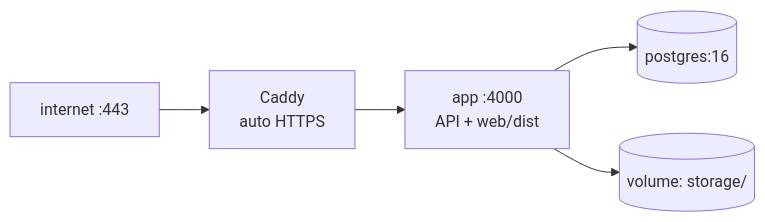
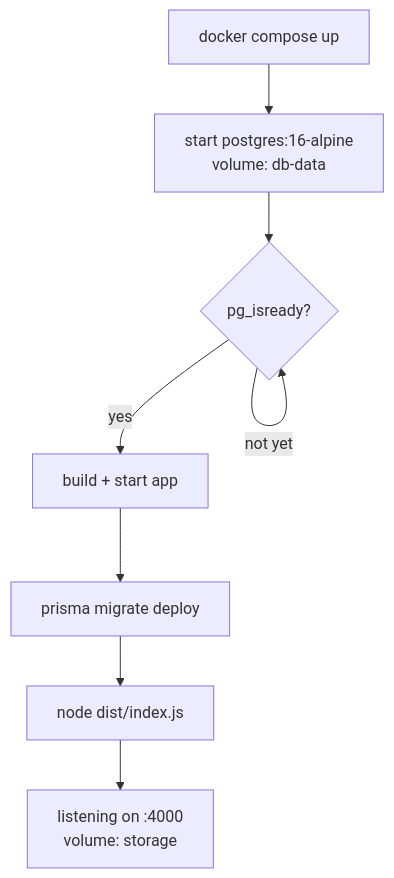
Before and after one commit to X-Rachit-X/AI_Secretary: the third of 4 diagrams in docs/10-DEPLOYMENT.md, drawn with Mermaid. The commit also changed other lines of this file and 3 other files, not shown here.

````diff
--- a/docs/10-DEPLOYMENT.md
+++ b/docs/10-DEPLOYMENT.md
@@ -172,7 +517,10 @@
 ```mermaid
-graph LR
-    I["internet :443"] --> C["Caddy<br/>auto HTTPS"]
-    C --> A["app :4000<br/>API + web/dist"]
-    A --> P[("postgres:16")]
-    A --> V[("volume: storage/")]
+flowchart TD
+    C["docker compose up"] --> DB["start postgres:16-alpine<br/>volume: db-data"]
+    DB --> HC{"pg_isready?"}
+    HC -->|"not yet"| HC
+    HC -->|"yes"| APP["build + start app"]
+    APP --> MIG["prisma migrate deploy"]
+    MIG --> NODE["node dist/index.js"]
+    NODE --> LIVE["listening on :4000<br/>volume: storage"]
 ```
````
